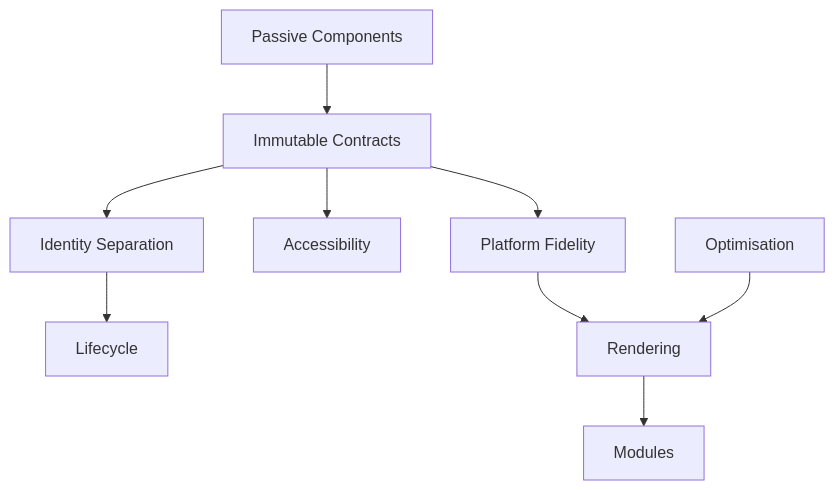
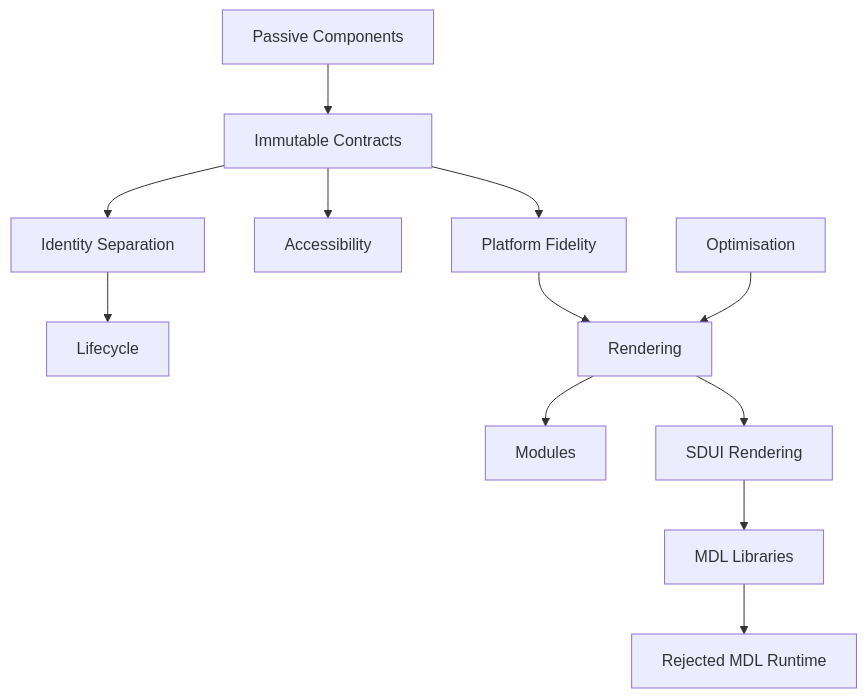
The diagram in docs/design/system/mds-008-component-library/12-adrs.md (mosaic-media/mosaic-architecture), drawn with Mermaid before and after one commit. The commit also changed other lines of this file and 16 other files, not shown here.

Commit message:
docs: Define client presentation architecture.

````diff
--- a/docs/design/system/mds-008-component-library/12-adrs.md
+++ b/docs/design/system/mds-008-component-library/12-adrs.md
@@ -266,30 +457,39 @@
 ```mermaid
 flowchart TD
 
 ADR182["Passive Components"]
 
 ADR183["Immutable Contracts"]
 
 ADR184["Identity Separation"]
 
 ADR185["Accessibility"]
 
 ADR186["Platform Fidelity"]
 
 ADR187["Optimisation"]
 
 ADR188["Lifecycle"]
 
 ADR189["Rendering"]
 
 ADR190["Modules"]
 
+ADR191["SDUI Rendering"]
+
+ADR192["MDL Libraries"]
+
+ADR193["Rejected MDL Runtime"]
+
 ADR182 --> ADR183
 ADR183 --> ADR184
 ADR184 --> ADR188
 ADR183 --> ADR185
 ADR183 --> ADR186
 ADR186 --> ADR189
 ADR187 --> ADR189
 ADR189 --> ADR190
+ADR189 --> ADR191
+ADR191 --> ADR192
+ADR192 --> ADR193
 ```
````
